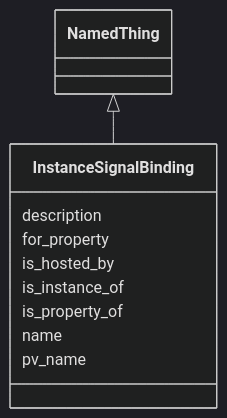
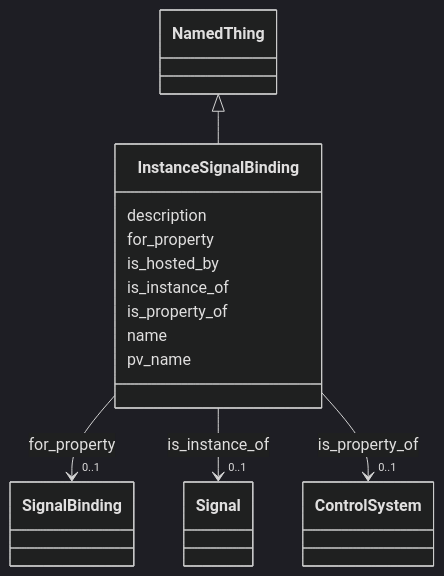
One commit to pals-project/pals-facility-config changed the diagram in docs/elements/InstanceSignalBinding.md. Above: the diagram before and after it, drawn with Mermaid (dark theme). The commit also changed other lines of this file and 133 other files, not shown here.

Commit message:
Updated documentation, project files, pydantic defintion, and the schema to correctly represent the relationships in the NARAD schema/ontology

````diff
--- a/docs/elements/InstanceSignalBinding.md
+++ b/docs/elements/InstanceSignalBinding.md
@@ -20,23 +20,50 @@
 ```mermaid
  classDiagram
     class InstanceSignalBinding
     click InstanceSignalBinding href "../InstanceSignalBinding/"
       NamedThing <|-- InstanceSignalBinding
         click NamedThing href "../NamedThing/"
       
       InstanceSignalBinding : description
         
       InstanceSignalBinding : for_property
         
+          
+    
+        
+        
+        InstanceSignalBinding --> "0..1" SignalBinding : for_property
+        click SignalBinding href "../SignalBinding/"
+    
+
+        
       InstanceSignalBinding : is_hosted_by
         
       InstanceSignalBinding : is_instance_of
         
+          
+    
+        
+        
+        InstanceSignalBinding --> "0..1" Signal : is_instance_of
+        click Signal href "../Signal/"
+    
+
+        
       InstanceSignalBinding : is_property_of
+        
+          
+    
+        
+        
+        InstanceSignalBinding --> "0..1" ControlSystem : is_property_of
+        click ControlSystem href "../ControlSystem/"
+    
+
         
       InstanceSignalBinding : name
         
       InstanceSignalBinding : pv_name
         
       
 ```
````
